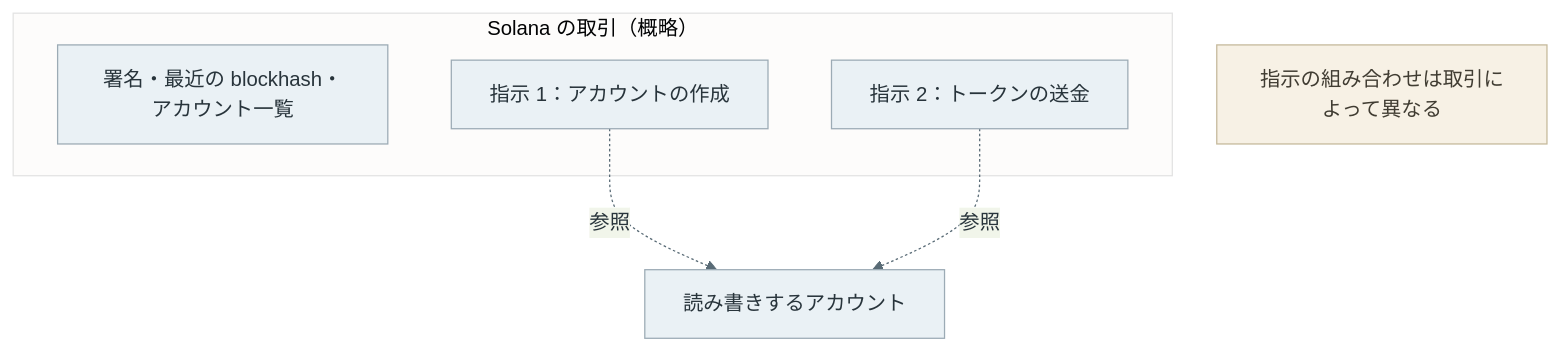
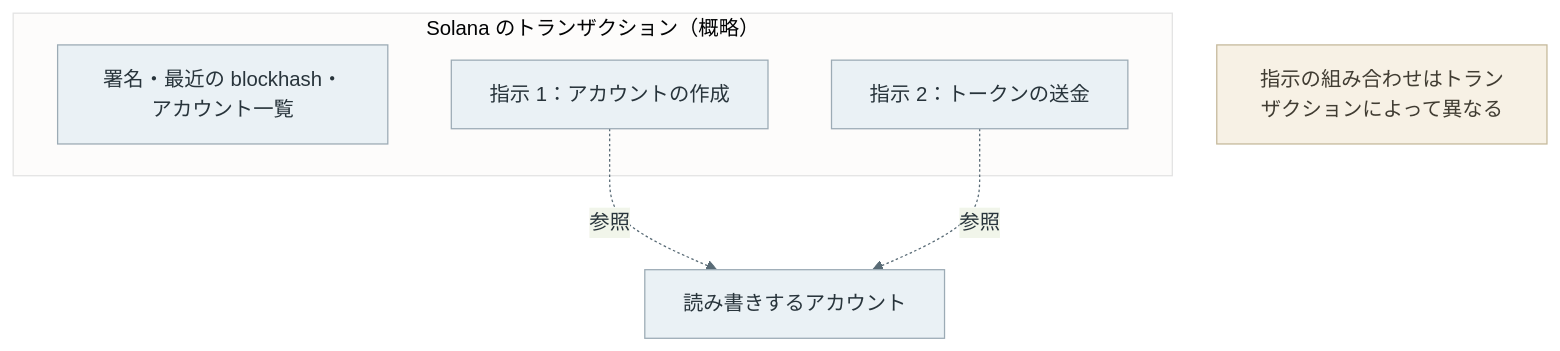
One commit to nao1215/debimate changed the eighth of 14 diagrams in content/notes/blockchain-systems/wallet/index.md. Above: the diagram before and after it, drawn with Mermaid. The commit also changed other lines of this file and 12 other files, not shown here.

````diff
--- a/content/notes/blockchain-systems/wallet/index.md
+++ b/content/notes/blockchain-systems/wallet/index.md
@@ -395,14 +395,14 @@
 ```mermaid
 %%{init: {"theme":"base","themeVariables":{"primaryColor":"#eaf1f5","primaryTextColor":"#28343b","primaryBorderColor":"#9cabb5","lineColor":"#596b76","textColor":"#28343b","actorBkg":"#eaf1f5","actorBorder":"#9cabb5","actorTextColor":"#28343b","actorLineColor":"#9cabb5","signalColor":"#596b76","signalTextColor":"#28343b","noteBkgColor":"#f7f1e5","noteBorderColor":"#c5b99b","noteTextColor":"#403c32","activationBkgColor":"#edf3ef","activationBorderColor":"#9aafa1"}}}%%
 flowchart TB
-    subgraph T["Solana の取引（概略）"]
+    subgraph T["Solana のトランザクション（概略）"]
         H["署名・最近の blockhash・アカウント一覧"]
         I["指示 1：アカウントの作成"]
         J["指示 2：トークンの送金"]
     end
     I -. 参照 .-> A["読み書きするアカウント"]
     J -. 参照 .-> A
-    N["指示の組み合わせは取引によって異なる"]:::note
+    N["指示の組み合わせはトランザクションによって異なる"]:::note
     classDef default fill:#eaf1f5,stroke:#9cabb5,color:#28343b;
     classDef note fill:#f7f1e5,stroke:#c5b99b,color:#403c32;
 ```
````
